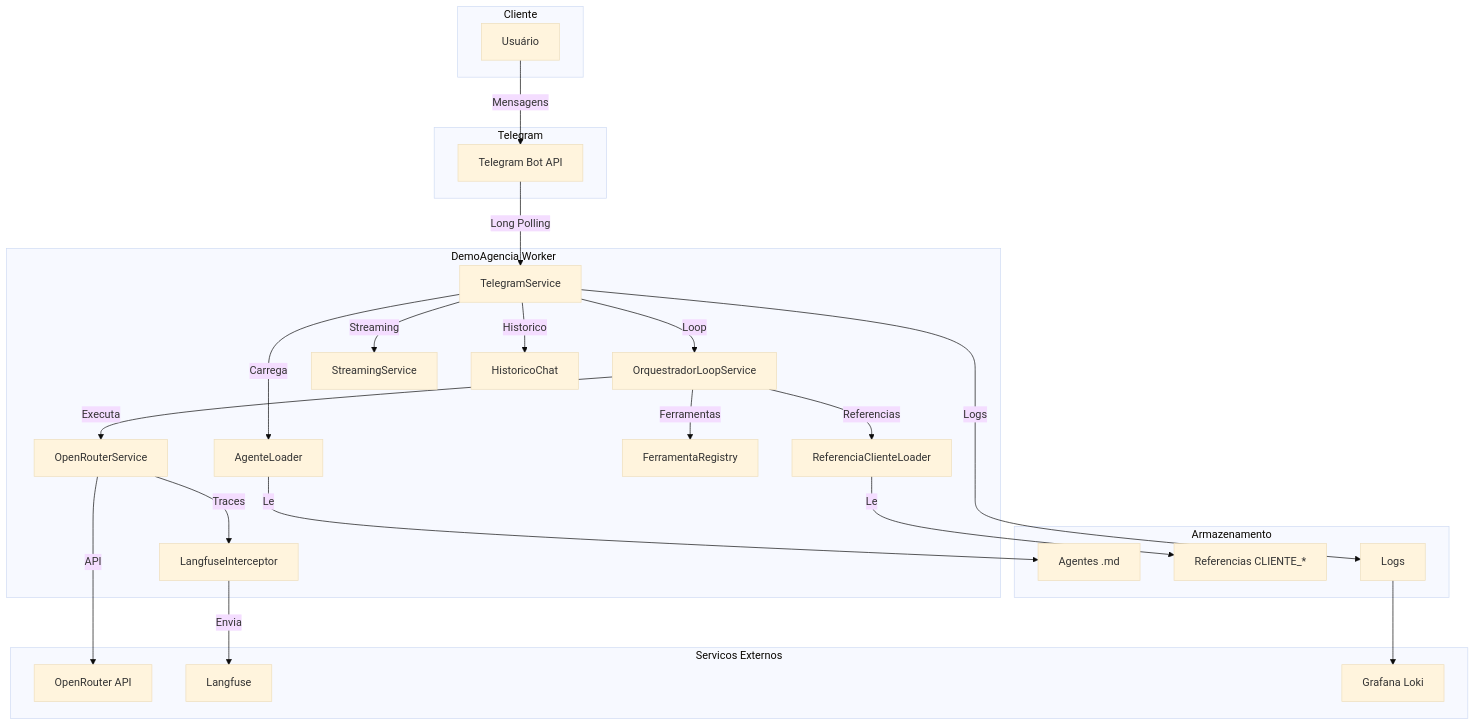
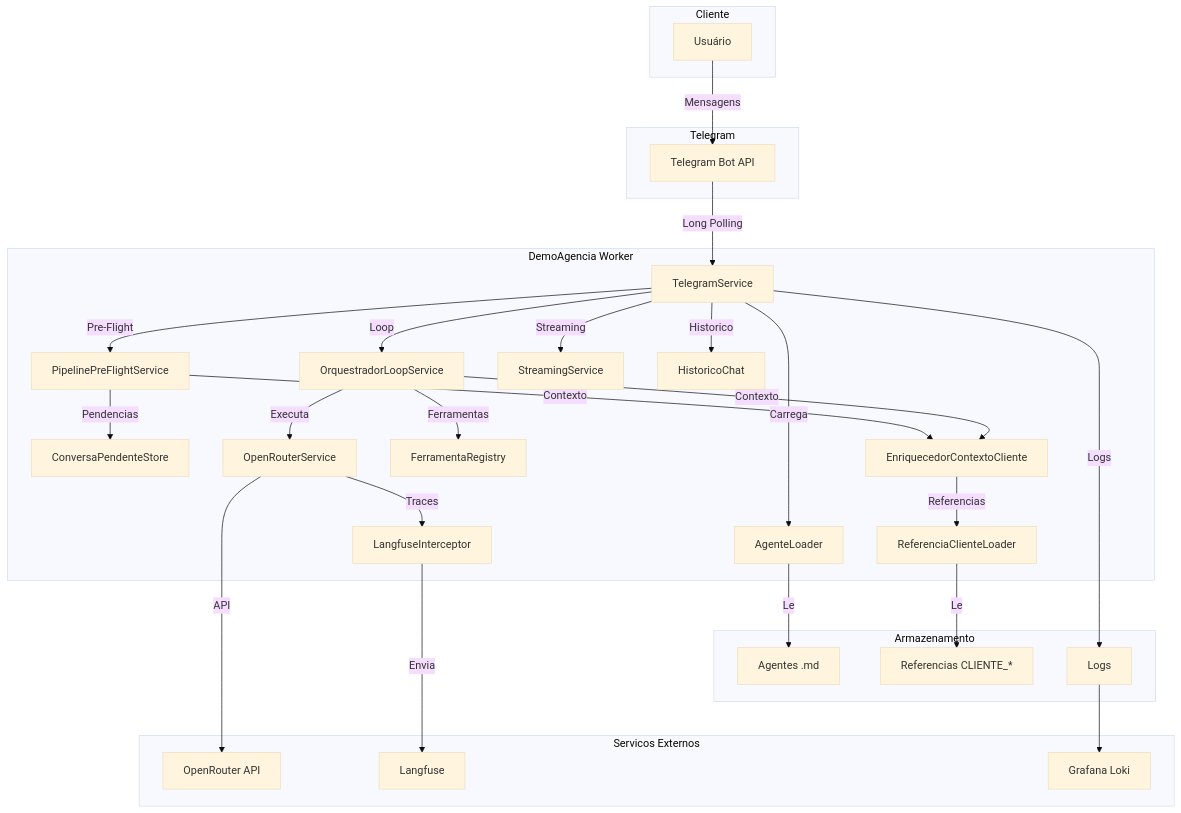
Before and after one commit to joaopedro-marques/suspira.fluxo.demo: the first of 17 diagrams in docs/ARCHITECTURE.md, drawn with Mermaid (base theme). The commit also changed other lines of this file and 1 other file, not shown here.

Commit message:
docs: Arquitetura e README atualizados com pipeline pre-flight (intake) e pos-criacao

````diff
--- a/docs/ARCHITECTURE.md
+++ b/docs/ARCHITECTURE.md
@@ -9,51 +9,58 @@
 ```mermaid
 graph TB
     subgraph "Cliente"
         User[Usuário]
     end
     
     subgraph "Telegram"
         Bot[Telegram Bot API]
     end
     
     subgraph "DemoAgencia Worker"
         TS[TelegramService]
+        PF[PipelinePreFlightService]
+        PS[ConversaPendenteStore]
         AL[AgenteLoader]
         OL[OrquestradorLoopService]
         OR[OpenRouterService]
         SS[StreamingService]
         HC[HistoricoChat]
         LI[LangfuseInterceptor]
         FR[FerramentaRegistry]
         RC[ReferenciaClienteLoader]
+        EC[EnriquecedorContextoCliente]
     end
     
     subgraph "Servicos Externos"
         OR_API[OpenRouter API]
         LF[Langfuse]
         GL[Grafana Loki]
     end
     
     subgraph "Armazenamento"
         MD[Agentes .md]
         REF[Referencias CLIENTE_*]
         LOG[Logs]
     end
     
     User -->|Mensagens| Bot
     Bot -->|Long Polling| TS
     TS -->|Carrega| AL
+    TS -->|Pre-Flight| PF
+    PF -->|Pendencias| PS
+    PF -->|Contexto| EC
     TS -->|Loop| OL
     OL -->|Executa| OR
     OL -->|Ferramentas| FR
-    OL -->|Referencias| RC
+    OL -->|Contexto| EC
+    EC -->|Referencias| RC
     OR -->|API| OR_API
     OR -->|Traces| LI
     LI -->|Envia| LF
     TS -->|Streaming| SS
     TS -->|Historico| HC
     AL -->|Le| MD
     RC -->|Le| REF
     TS -->|Logs| LOG
     LOG --> GL
 ```
````
